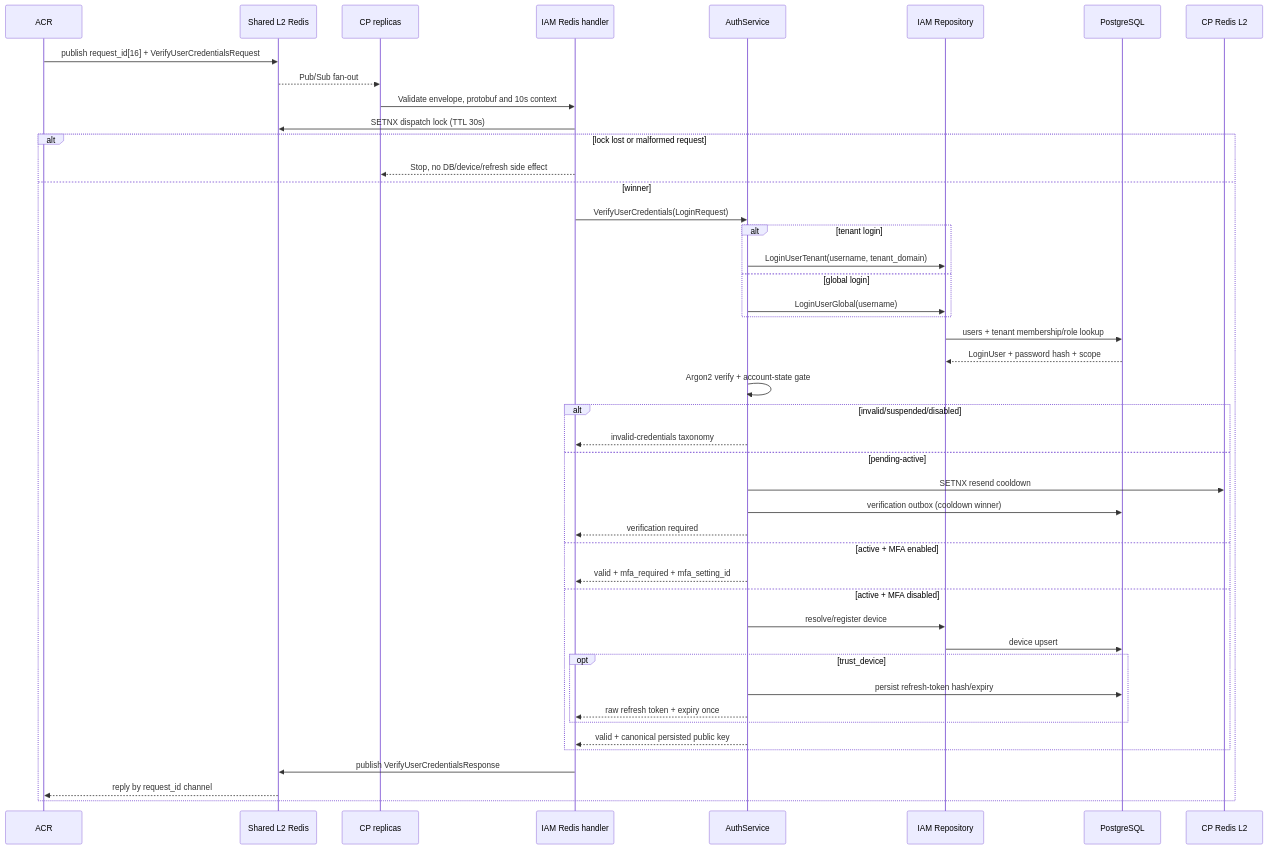
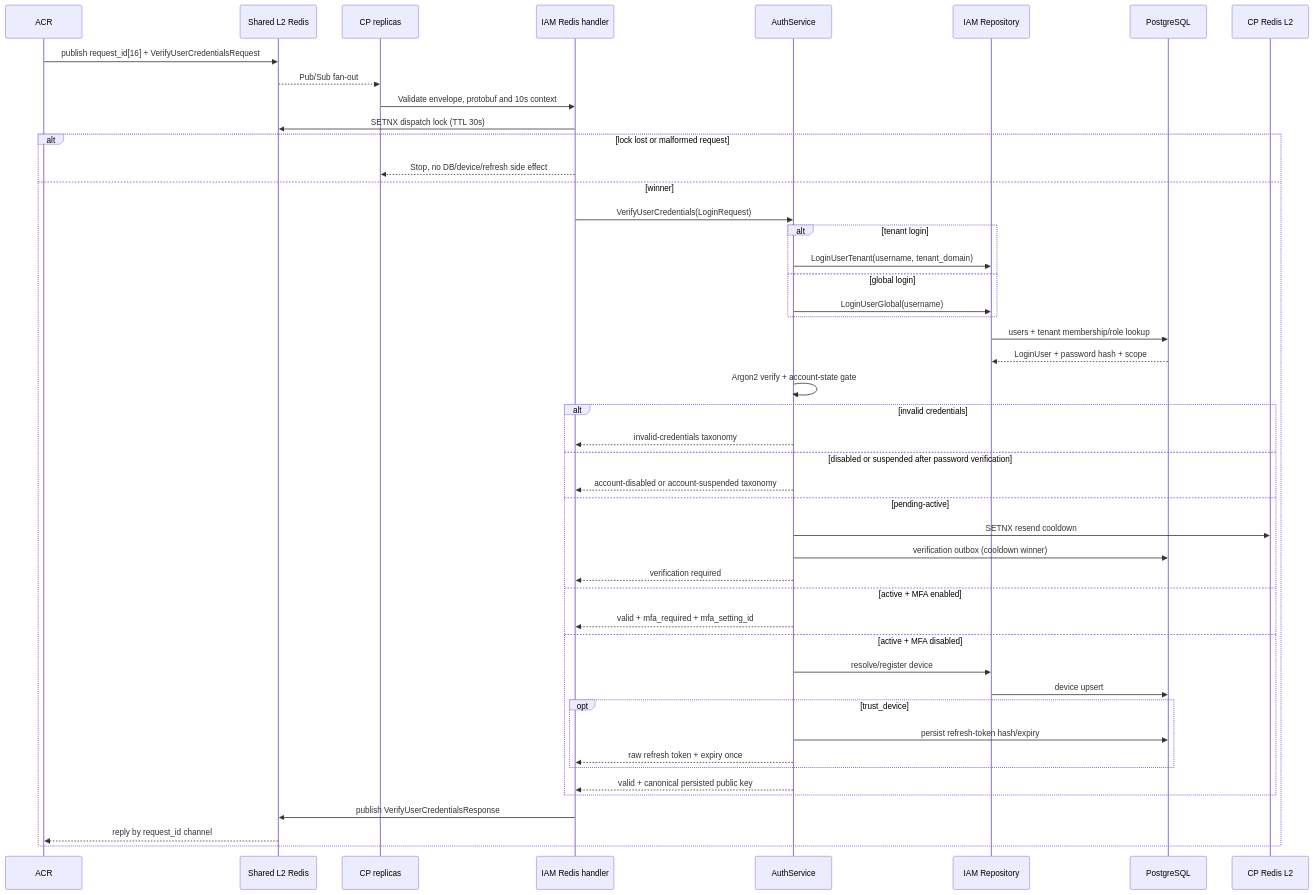
The third of 3 diagrams in god_view/iam/username_login_god_view_workflow.md (phucle996/aurora), drawn with Mermaid before and after one commit. The commit also changed other lines of this file and 9 other files, not shown here.

Commit message:
feat: implement account state abstraction to prevent login enumeration and add testing for PKCE handoff flows

````diff
--- a/god_view/iam/username_login_god_view_workflow.md
+++ b/god_view/iam/username_login_god_view_workflow.md
@@ -318,48 +326,50 @@
 ```mermaid
 sequenceDiagram
     participant A as ACR
     participant R as Shared L2 Redis
     participant CP as CP replicas
     participant H as IAM Redis handler
     participant S as AuthService
     participant Repo as IAM Repository
     participant DB as PostgreSQL
     participant L2 as CP Redis L2
 
     A->>R: publish request_id[16] + VerifyUserCredentialsRequest
     R-->>CP: Pub/Sub fan-out
     CP->>H: Validate envelope, protobuf and 10s context
     H->>R: SETNX dispatch lock (TTL 30s)
     alt lock lost or malformed request
         H-->>CP: Stop, no DB/device/refresh side effect
     else winner
         H->>S: VerifyUserCredentials(LoginRequest)
         alt tenant login
             S->>Repo: LoginUserTenant(username, tenant_domain)
         else global login
             S->>Repo: LoginUserGlobal(username)
         end
         Repo->>DB: users + tenant membership/role lookup
         DB-->>Repo: LoginUser + password hash + scope
         S->>S: Argon2 verify + account-state gate
-        alt invalid/suspended/disabled
+        alt invalid credentials
             S-->>H: invalid-credentials taxonomy
+        else disabled or suspended after password verification
+            S-->>H: account-disabled or account-suspended taxonomy
         else pending-active
             S->>L2: SETNX resend cooldown
             S->>DB: verification outbox (cooldown winner)
             S-->>H: verification required
         else active + MFA enabled
             S-->>H: valid + mfa_required + mfa_setting_id
         else active + MFA disabled
             S->>Repo: resolve/register device
             Repo->>DB: device upsert
             opt trust_device
                 S->>DB: persist refresh-token hash/expiry
                 S-->>H: raw refresh token + expiry once
             end
             S-->>H: valid + canonical persisted public key
         end
         H->>R: publish VerifyUserCredentialsResponse
         R-->>A: reply by request_id channel
     end
 ```
````
